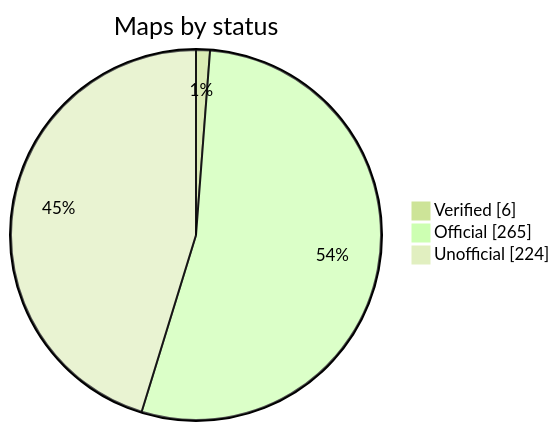
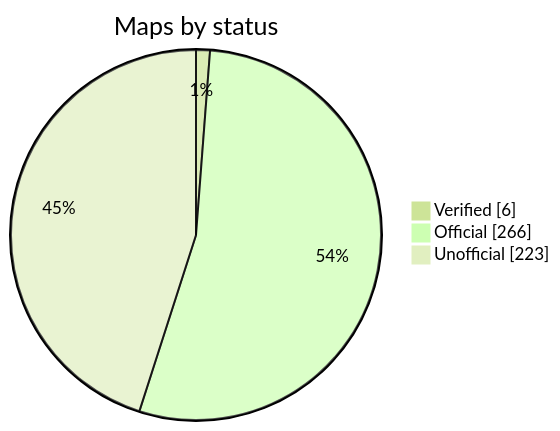
Before and after one commit to nobrega8/mbmap-library: the diagram in README.md, drawn with Mermaid (forest theme). The commit also changed 2 other files, not shown here.

Commit message:
Rewrite the Schneider Electric CM2000 map from the reference manual (#77)

````diff
--- a/README.md
+++ b/README.md
@@ -48,7 +48,7 @@
 ```mermaid
 pie showData
     title Maps by status
     "Verified" : 6
-    "Official" : 265
-    "Unofficial" : 224
+    "Official" : 266
+    "Unofficial" : 223
 ```
````
